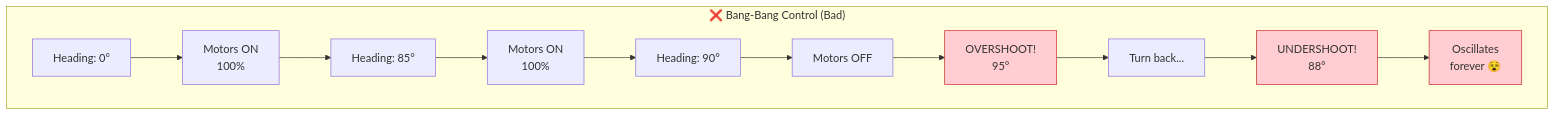
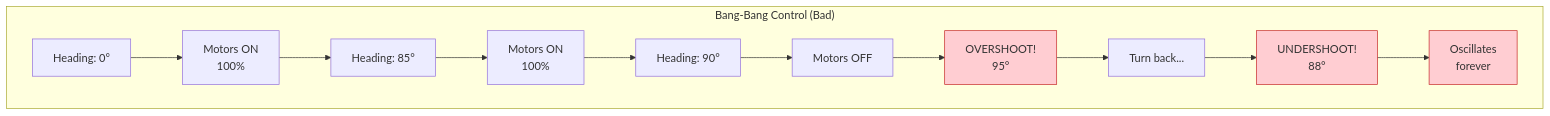
One commit to anowarislam/vex-pushback changed the second of 10 diagrams in docs/tutorials/07-advanced/01-pid-control.md. Above: the diagram before and after it, drawn with Mermaid. The commit also changed other lines of this file and 16 other files, not shown here.

````diff
--- a/docs/tutorials/07-advanced/01-pid-control.md
+++ b/docs/tutorials/07-advanced/01-pid-control.md
@@ -87,18 +87,18 @@
 ```mermaid
 flowchart TB
-    subgraph "❌ Bang-Bang Control (Bad)"
+    subgraph "Bang-Bang Control (Bad)"
         A1["Heading: 0°"] --> A2["Motors ON\n100%"]
         A2 --> A3["Heading: 85°"]
         A3 --> A4["Motors ON\n100%"]
         A4 --> A5["Heading: 90°"]
         A5 --> A6["Motors OFF"]
         A6 --> A7["OVERSHOOT!\n95°"]
         A7 --> A8["Turn back..."]
         A8 --> A9["UNDERSHOOT!\n88°"]
-        A9 --> A10["Oscillates\nforever 😵"]
+        A9 --> A10["Oscillates\nforever"]
     end
 
     style A7 fill:#ffcdd2,stroke:#c62828
     style A9 fill:#ffcdd2,stroke:#c62828
     style A10 fill:#ffcdd2,stroke:#c62828
 ```
````
